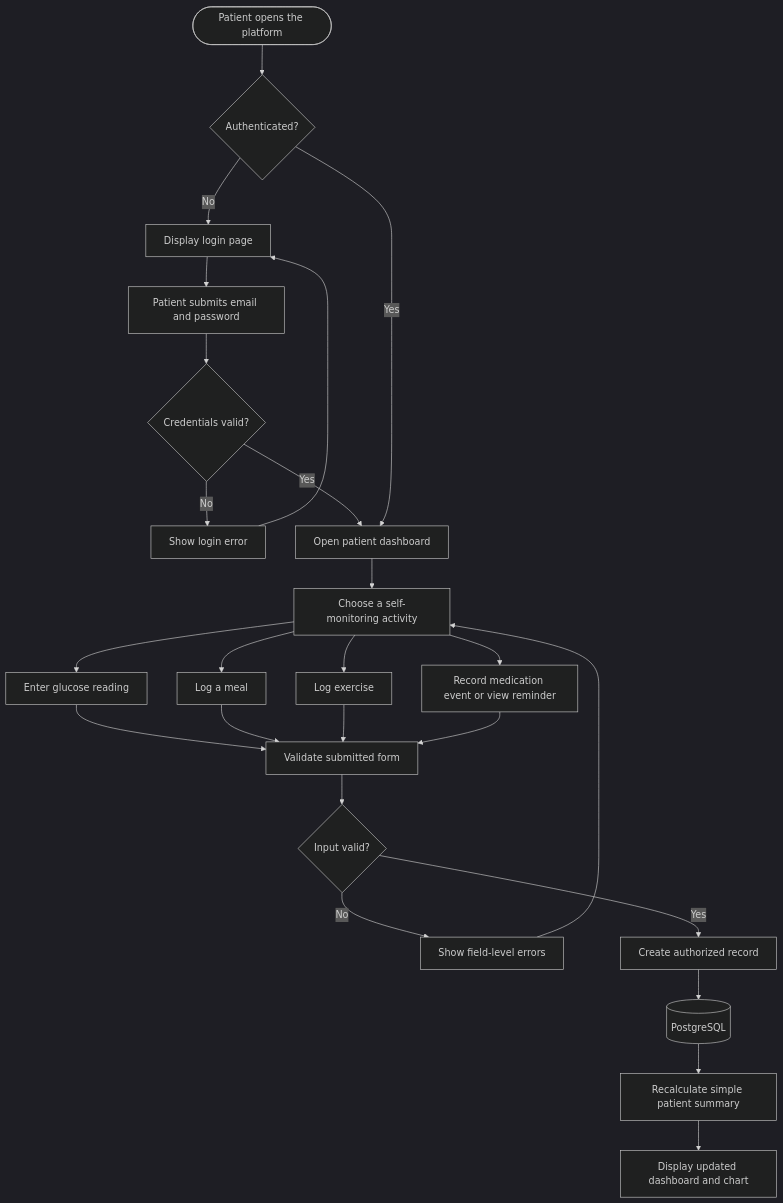
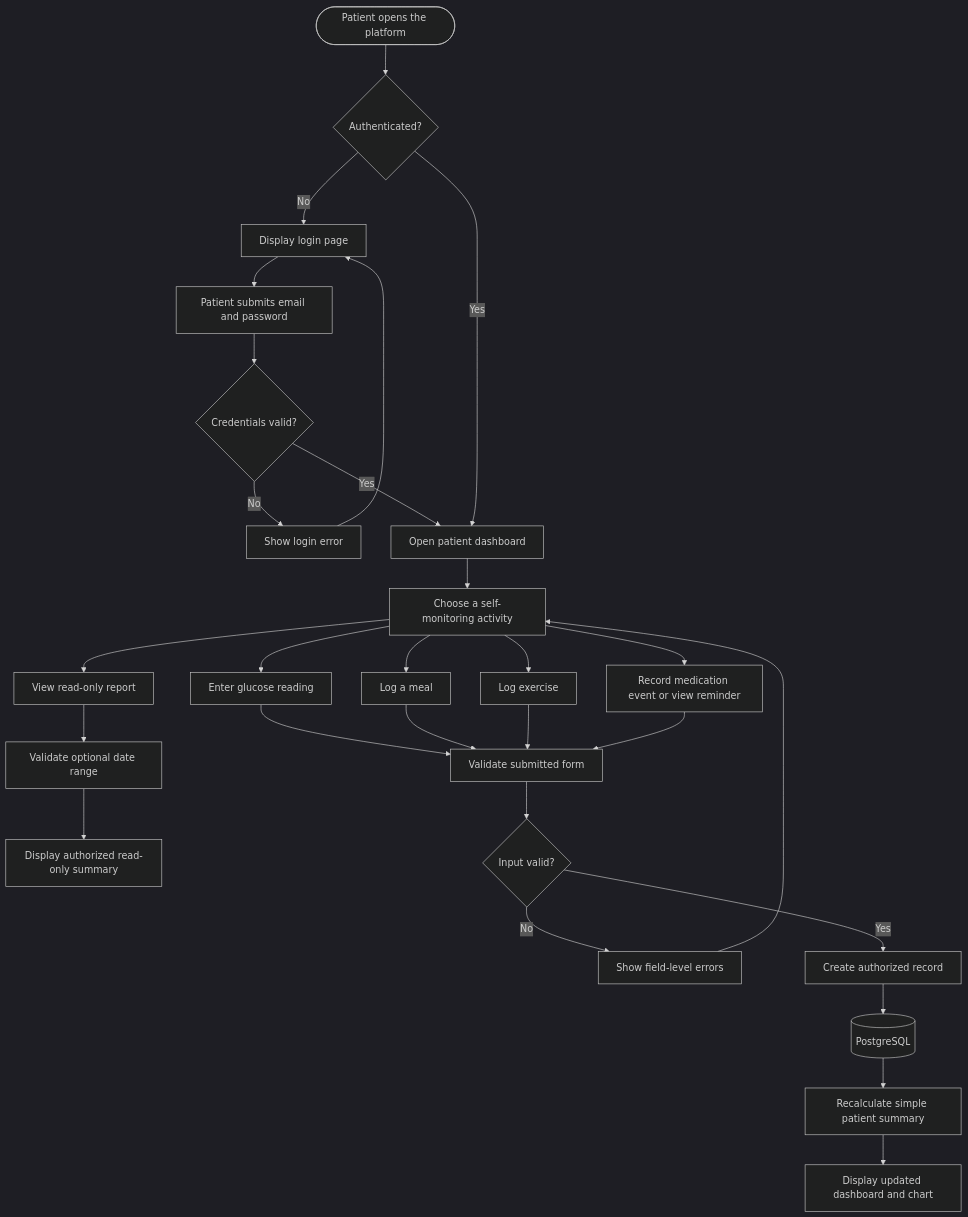
One commit to R-gitonga/AfyaGlyco changed the third of 7 diagrams in docs/system-tutorials.md. Above: the diagram before and after it, drawn with Mermaid (dark theme). The commit also changed other lines of this file and 15 other files, not shown here.

Commit message:
Complete Sprint 8 read-only reports

````diff
--- a/docs/system-tutorials.md
+++ b/docs/system-tutorials.md
@@ -83,29 +87,32 @@
 ```mermaid
 flowchart TD
     Start([Patient opens the platform]) --> Login{Authenticated?}
     Login -->|No| LoginPage[Display login page]
     LoginPage --> Credentials[Patient submits email and password]
     Credentials --> CheckAuth{Credentials valid?}
     CheckAuth -->|No| LoginError[Show login error]
     LoginError --> LoginPage
     CheckAuth -->|Yes| PatientHome[Open patient dashboard]
     Login -->|Yes| PatientHome
 
     PatientHome --> Choose[Choose a self-monitoring activity]
     Choose --> Glucose[Enter glucose reading]
     Choose --> Meal[Log a meal]
     Choose --> Exercise[Log exercise]
     Choose --> Medication[Record medication event or view reminder]
+    Choose --> Report[View read-only report]
+    Report --> ReportFilters[Validate optional date range]
+    ReportFilters --> ReportSummary[Display authorized read-only summary]
 
     Glucose --> Form[Validate submitted form]
     Meal --> Form
     Exercise --> Form
     Medication --> Form
     Form --> Valid{Input valid?}
     Valid -->|No| Errors[Show field-level errors]
     Errors --> Choose
     Valid -->|Yes| Save[Create authorized record]
     Save --> DB[(PostgreSQL)]
     DB --> Summary[Recalculate simple patient summary]
     Summary --> Dashboard[Display updated dashboard and chart]
 ```
````
